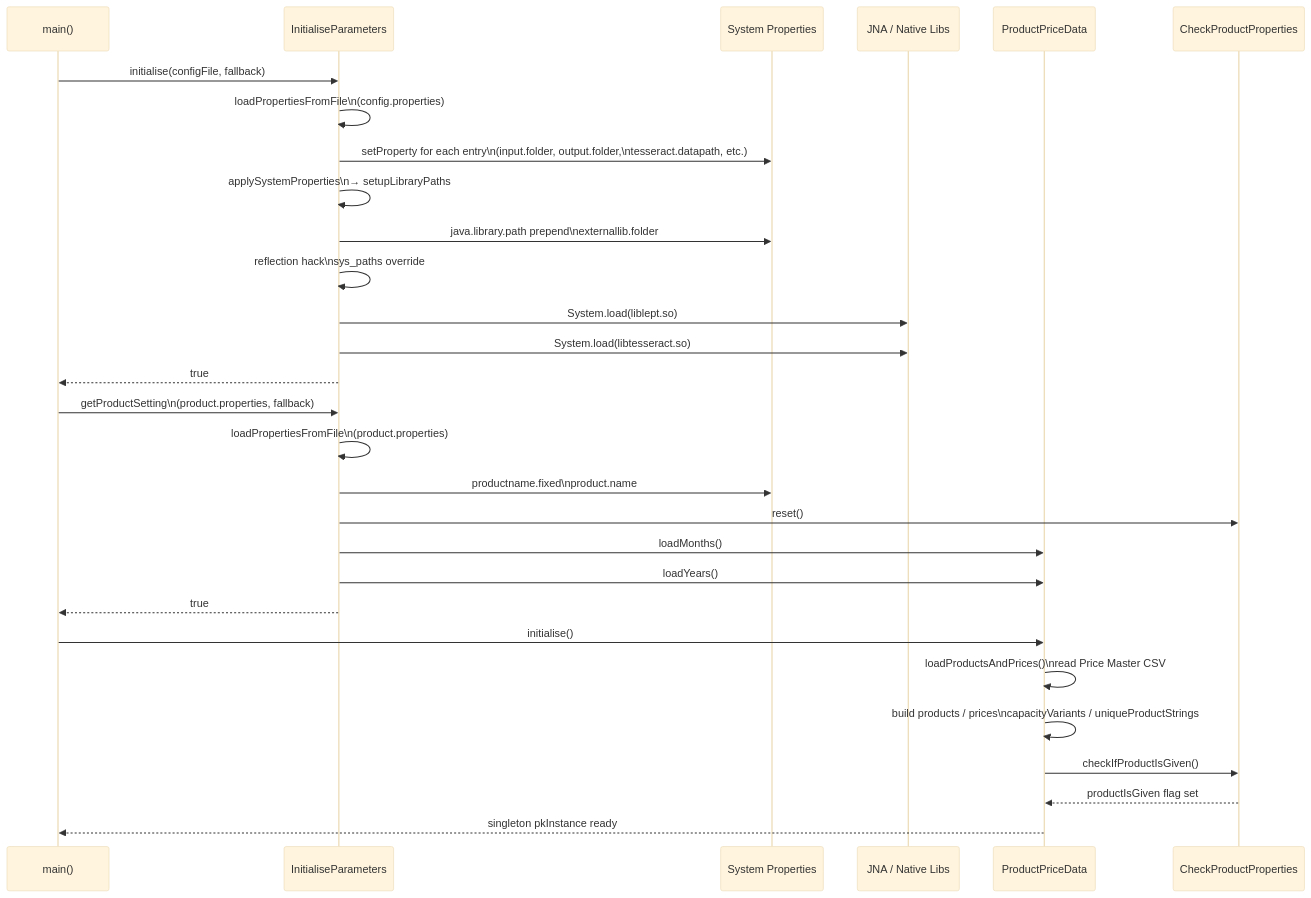
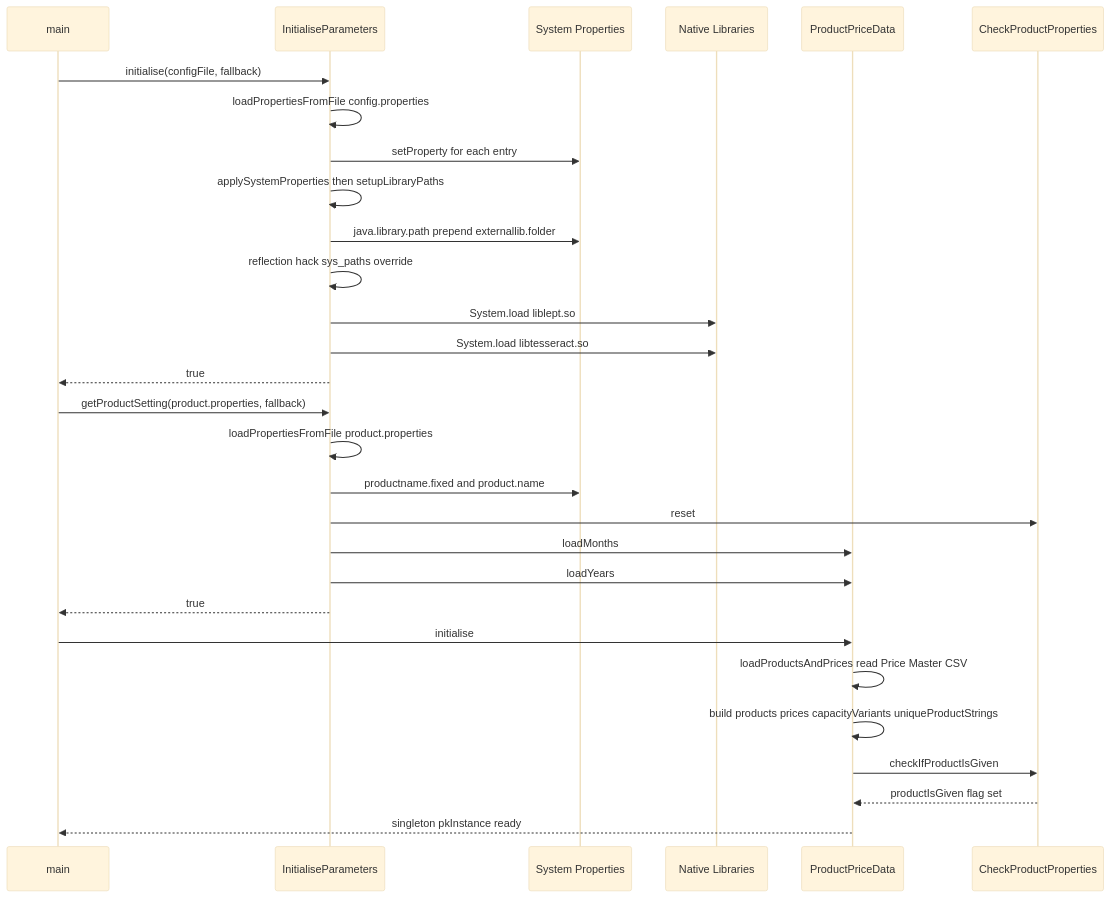
Diagram 14 of 15 in ReadMe.md (UBags/KitchenwarePackagingCompliance), drawn with Mermaid (base theme) before and after one commit. The commit also changed other lines of this file, not shown here.

````diff
--- a/ReadMe.md
+++ b/ReadMe.md
@@ -733,34 +661,34 @@
 ```mermaid
 sequenceDiagram
-    participant MAIN as main()
+    participant MAIN as main
     participant IP as InitialiseParameters
     participant SYS as System Properties
-    participant JNA as JNA / Native Libs
+    participant NAT as Native Libraries
     participant PPD as ProductPriceData
     participant CPP as CheckProductProperties
 
     MAIN->>IP: initialise(configFile, fallback)
-    IP->>IP: loadPropertiesFromFile\n(config.properties)
-    IP->>SYS: setProperty for each entry\n(input.folder, output.folder,\ntesseract.datapath, etc.)
-    IP->>IP: applySystemProperties\n→ setupLibraryPaths
-    IP->>SYS: java.library.path prepend\nexternallib.folder
-    IP->>IP: reflection hack\nsys_paths override
-    IP->>JNA: System.load(liblept.so)
-    IP->>JNA: System.load(libtesseract.so)
+    IP->>IP: loadPropertiesFromFile config.properties
+    IP->>SYS: setProperty for each entry
+    IP->>IP: applySystemProperties then setupLibraryPaths
+    IP->>SYS: java.library.path prepend externallib.folder
+    IP->>IP: reflection hack sys_paths override
+    IP->>NAT: System.load liblept.so
+    IP->>NAT: System.load libtesseract.so
     IP-->>MAIN: true
 
-    MAIN->>IP: getProductSetting\n(product.properties, fallback)
-    IP->>IP: loadPropertiesFromFile\n(product.properties)
-    IP->>SYS: productname.fixed\nproduct.name
-    IP->>CPP: reset()
-    IP->>PPD: loadMonths()
-    IP->>PPD: loadYears()
+    MAIN->>IP: getProductSetting(product.properties, fallback)
+    IP->>IP: loadPropertiesFromFile product.properties
+    IP->>SYS: productname.fixed and product.name
+    IP->>CPP: reset
+    IP->>PPD: loadMonths
+    IP->>PPD: loadYears
     IP-->>MAIN: true
 
-    MAIN->>PPD: initialise()
-    PPD->>PPD: loadProductsAndPrices()\nread Price Master CSV
-    PPD->>PPD: build products / prices\ncapacityVariants / uniqueProductStrings
-    PPD->>CPP: checkIfProductIsGiven()
+    MAIN->>PPD: initialise
+    PPD->>PPD: loadProductsAndPrices read Price Master CSV
+    PPD->>PPD: build products prices capacityVariants uniqueProductStrings
+    PPD->>CPP: checkIfProductIsGiven
     CPP-->>PPD: productIsGiven flag set
     PPD-->>MAIN: singleton pkInstance ready
 ```
````
